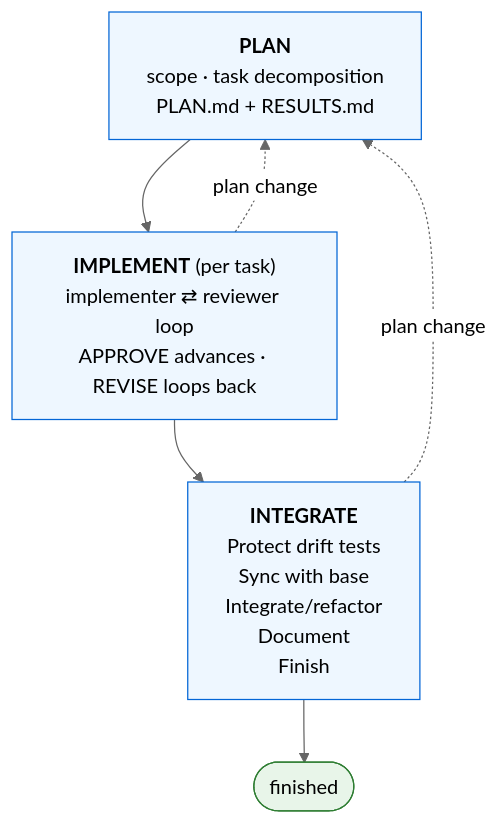
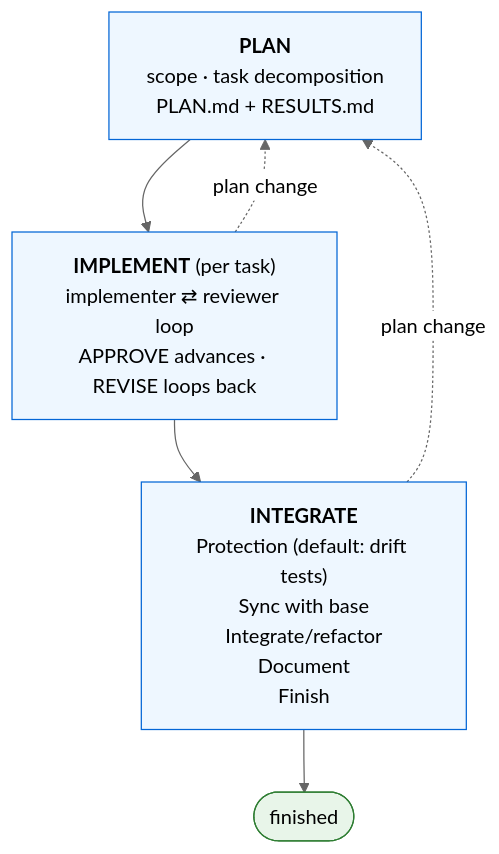
One commit to FuZhiyu/superRA changed the diagram in README.md. Above: the diagram before and after it, drawn with Mermaid (neutral theme). The commit also changed other lines of this file and 8 other files, not shown here.

Commit message:
refactor: align protect and sync stage labels

````diff
--- a/README.md
+++ b/README.md
@@ -30,19 +30,19 @@
 ```mermaid
 flowchart TB
     PLAN["<b>PLAN</b><br/>scope · task decomposition<br/>PLAN.md + RESULTS.md"]
     IMPLEMENT["<b>IMPLEMENT</b> (per task)<br/>implementer ⇄ reviewer loop<br/>APPROVE advances · REVISE loops back"]
-    INTEGRATE["<b>INTEGRATE</b><br/>Protect drift tests<br/>Sync with base<br/>Integrate/refactor<br/>Document<br/>Finish"]
+    INTEGRATE["<b>INTEGRATE</b><br/>Protection (default: drift tests)<br/>Sync with base<br/>Integrate/refactor<br/>Document<br/>Finish"]
     FINISHED(["finished"])
 
     PLAN --> IMPLEMENT
     IMPLEMENT --> INTEGRATE
     INTEGRATE --> FINISHED
 
     IMPLEMENT -. "plan change" .-> PLAN
     INTEGRATE -. "plan change" .-> PLAN
 
     classDef phase fill:#eef7ff,stroke:#0366d6,color:#000
     classDef terminal fill:#e8f5e9,stroke:#2e7d32,color:#000
     class PLAN,IMPLEMENT,INTEGRATE phase
     class FINISHED terminal
 ```
````
